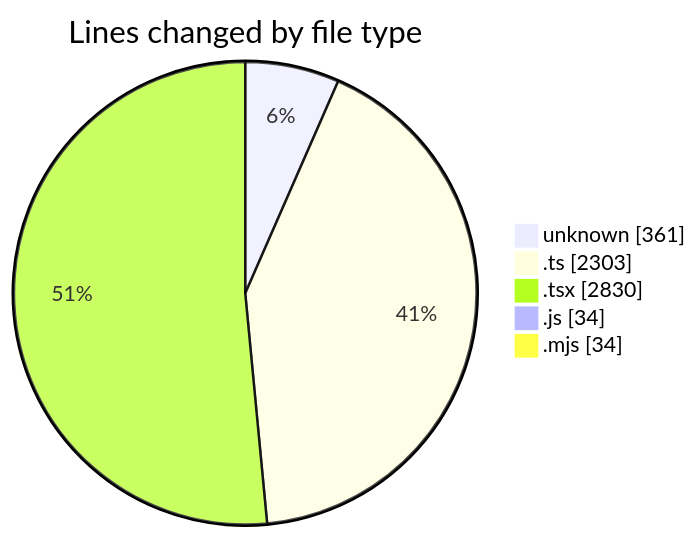
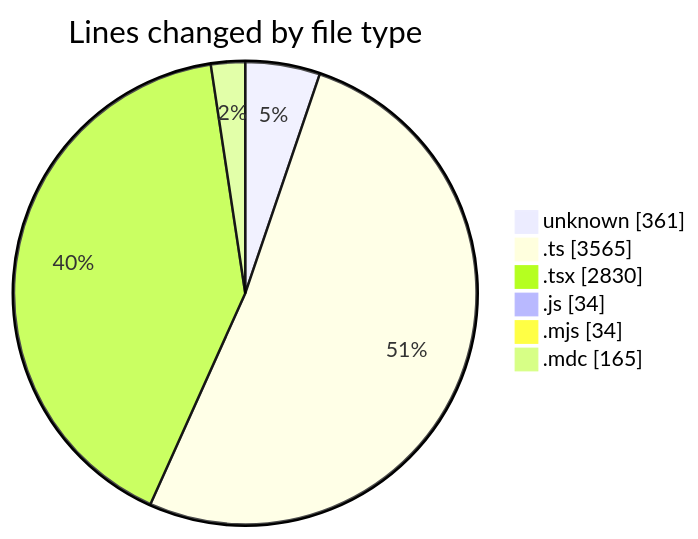
One commit to CELIANVF/code-tracking changed the first of 2 diagrams in 2025-06-13/ecodeli-1/README.md. Above: the diagram before and after it, drawn with Mermaid. The commit also changed other lines of this file and 1 other file, not shown here.

````diff
--- a/2025-06-13/ecodeli-1/README.md
+++ b/2025-06-13/ecodeli-1/README.md
@@ -29,9 +32,10 @@
 ```mermaid
 pie showData
 title Lines changed by file type
 "unknown" : 361
-".ts" : 2303
+".ts" : 3565
 ".tsx" : 2830
 ".js" : 34
 ".mjs" : 34
+".mdc" : 165
 ```
````
